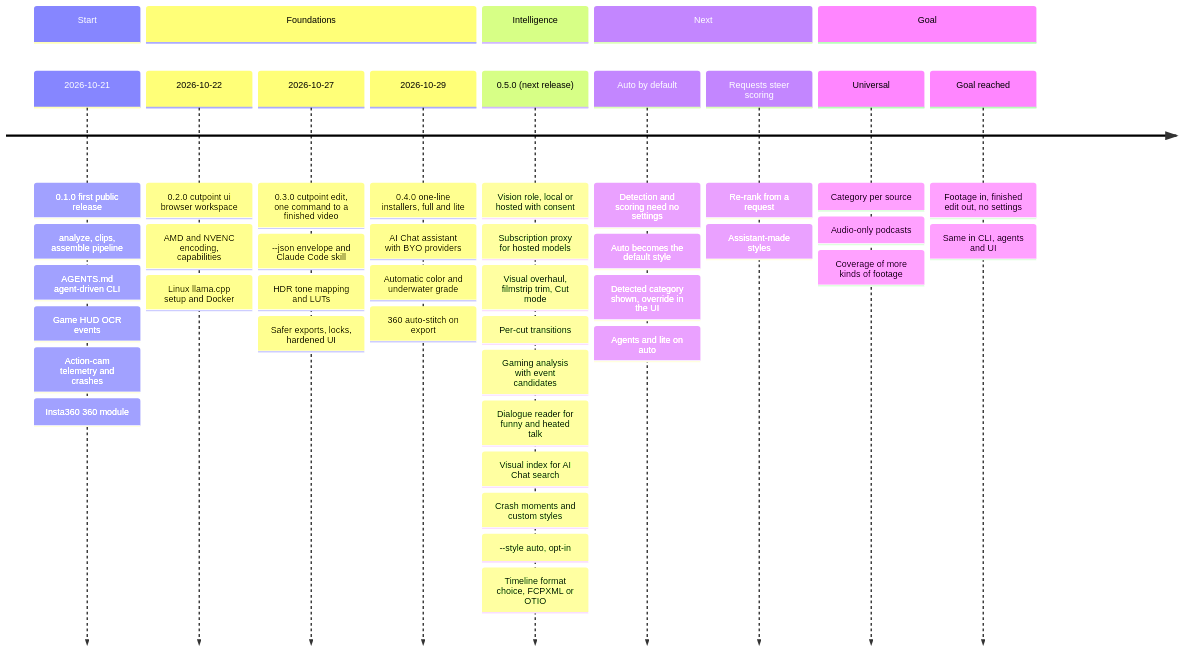
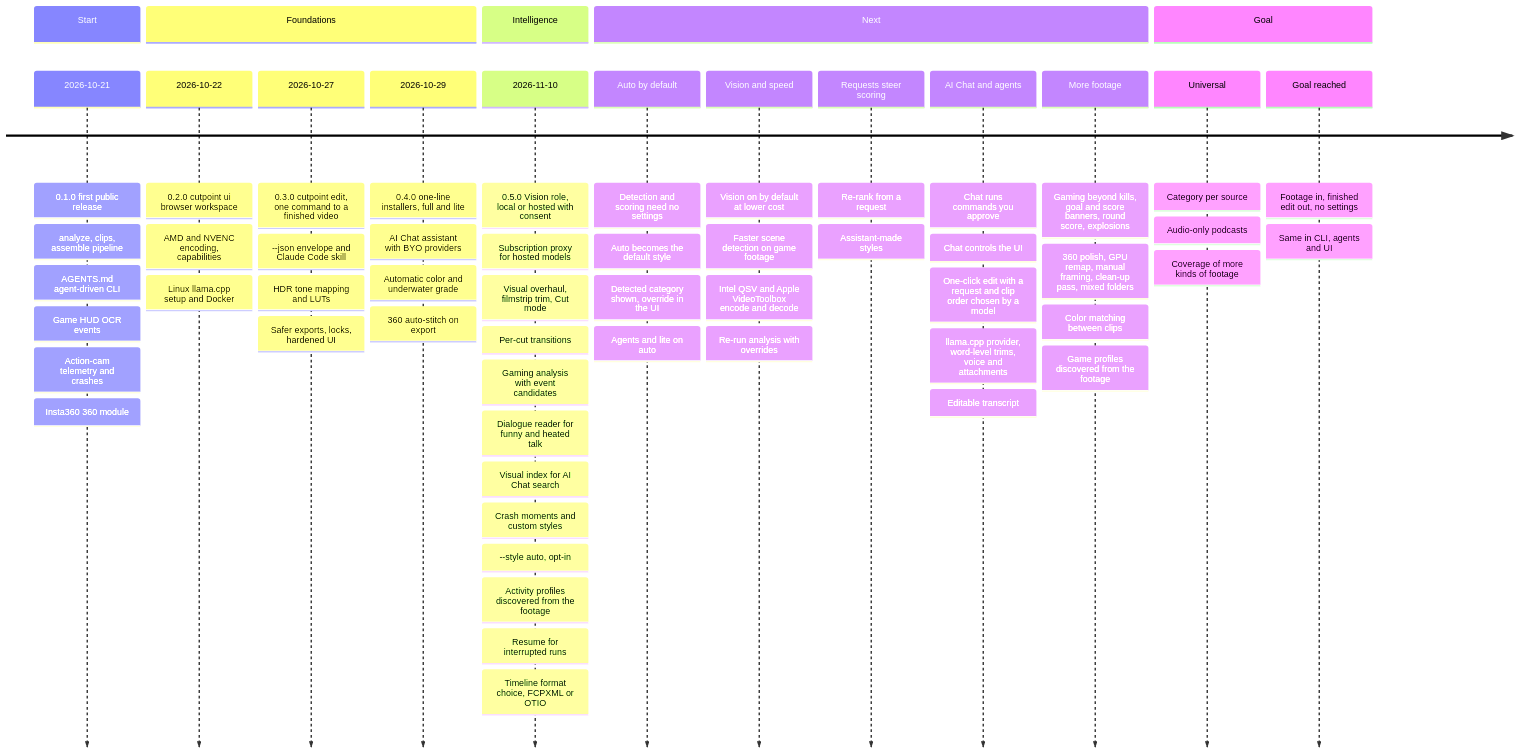
The diagram in docs/roadmap.md (FerventOrange/cutpoint), drawn with Mermaid before and after one commit. The commit also changed other lines of this file, not shown here.

Commit message:
docs/roadmap : 0.5.0 released, new Next bands and issue links (#922)

````diff
--- a/docs/roadmap.md
+++ b/docs/roadmap.md
@@ -9,49 +9,64 @@
 ```mermaid
 ---
 title: "Cutpoint: from inception to the universal AI footage editor"
 ---
 timeline
     section Start
         2026-10-21 : 0.1.0 first public release
                    : analyze, clips, assemble pipeline
                    : AGENTS.md agent-driven CLI
                    : Game HUD OCR events
                    : Action-cam telemetry and crashes
                    : Insta360 360 module
     section Foundations
         2026-10-22 : 0.2.0 cutpoint ui browser workspace
                    : AMD and NVENC encoding, capabilities
                    : Linux llama.cpp setup and Docker
         2026-10-27 : 0.3.0 cutpoint edit, one command to a finished video
                    : --json envelope and Claude Code skill
                    : HDR tone mapping and LUTs
                    : Safer exports, locks, hardened UI
         2026-10-29 : 0.4.0 one-line installers, full and lite
                    : AI Chat assistant with BYO providers
                    : Automatic color and underwater grade
                    : 360 auto-stitch on export
     section Intelligence
-        0.5.0 (next release) : Vision role, local or hosted with consent
-                             : Subscription proxy for hosted models
-                             : Visual overhaul, filmstrip trim, Cut mode
-                             : Per-cut transitions
-                             : Gaming analysis with event candidates
-                             : Dialogue reader for funny and heated talk
-                             : Visual index for AI Chat search
-                             : Crash moments and custom styles
-                             : --style auto, opt-in
-                             : Timeline format choice, FCPXML or OTIO
+        2026-11-10 : 0.5.0 Vision role, local or hosted with consent
+                   : Subscription proxy for hosted models
+                   : Visual overhaul, filmstrip trim, Cut mode
+                   : Per-cut transitions
+                   : Gaming analysis with event candidates
+                   : Dialogue reader for funny and heated talk
+                   : Visual index for AI Chat search
+                   : Crash moments and custom styles
+                   : --style auto, opt-in
+                   : Activity profiles discovered from the footage
+                   : Resume for interrupted runs
+                   : Timeline format choice, FCPXML or OTIO
     section Next
         Auto by default : Detection and scoring need no settings
                         : Auto becomes the default style
                         : Detected category shown, override in the UI
                         : Agents and lite on auto
+        Vision and speed : Vision on by default at lower cost
+                         : Faster scene detection on game footage
+                         : Intel QSV and Apple VideoToolbox encode and decode
+                         : Re-run analysis with overrides
         Requests steer scoring : Re-rank from a request
                                : Assistant-made styles
+        AI Chat and agents : Chat runs commands you approve
+                           : Chat controls the UI
+                           : One-click edit with a request and clip order chosen by a model
+                           : llama.cpp provider, word-level trims, voice and attachments
+                           : Editable transcript
+        More footage : Gaming beyond kills, goal and score banners, round score, explosions
+                     : 360 polish, GPU remap, manual framing, clean-up pass, mixed folders
+                     : Color matching between clips
+                     : Game profiles discovered from the footage
     section Goal
         Universal : Category per source
                   : Audio-only podcasts
                   : Coverage of more kinds of footage
         Goal reached : Footage in, finished edit out, no settings
                      : Same in CLI, agents and UI
 ```
````
